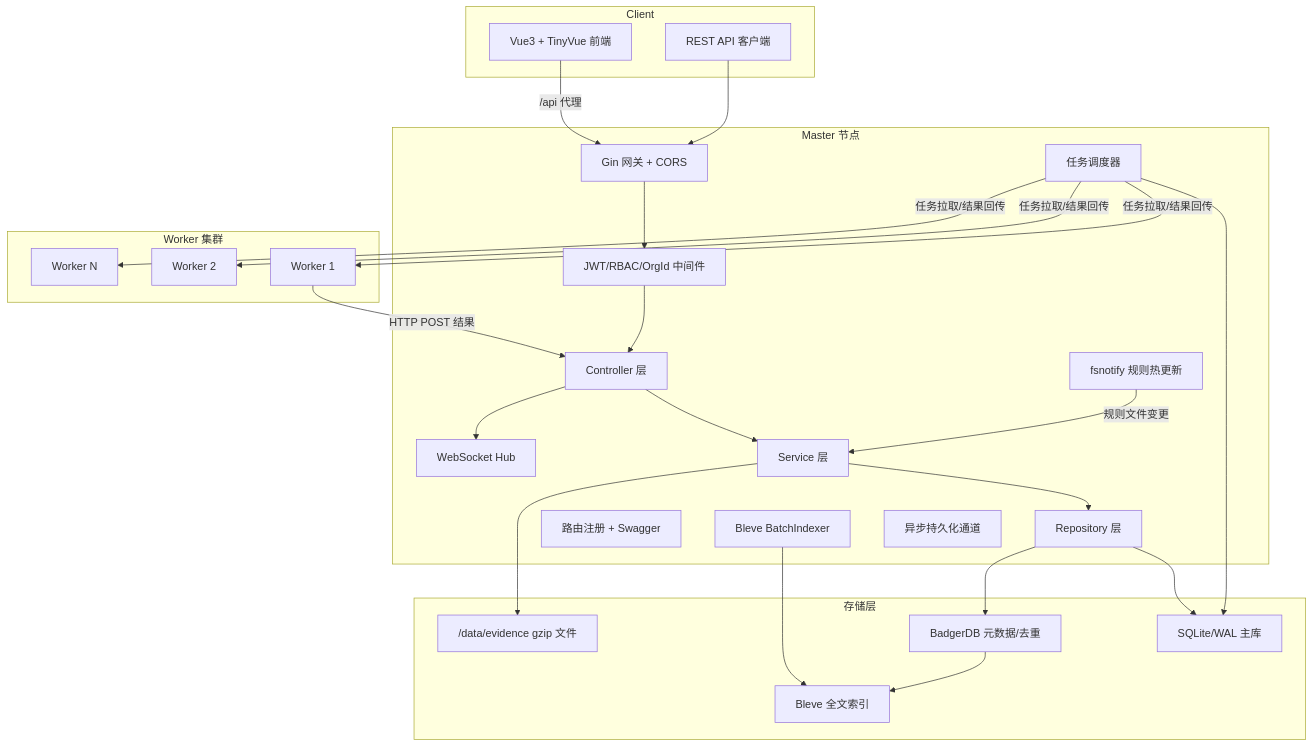
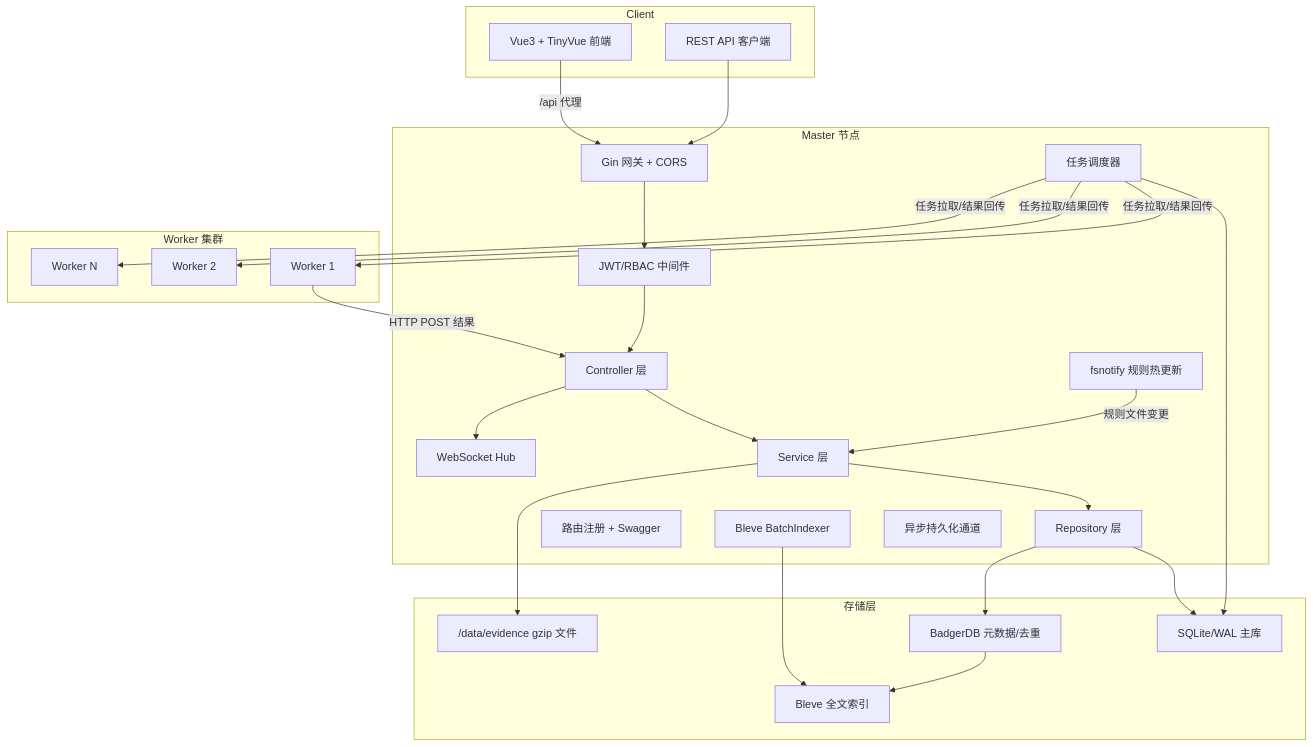
Before and after one commit to Fanc1er/Kate: the first of 4 diagrams in .monkeycode/specs/cinsight-platform/design.md, drawn with Mermaid. The commit also changed other lines of this file and 5 other files, not shown here.

````diff
--- a/.monkeycode/specs/cinsight-platform/design.md
+++ b/.monkeycode/specs/cinsight-platform/design.md
@@ -20,50 +20,50 @@
 ```mermaid
 graph TD
     subgraph Client
         UI["Vue3 + TinyVue 前端"]
         REST["REST API 客户端"]
     end
 
     subgraph Master["Master 节点"]
         GATE["Gin 网关 + CORS"]
-        MID["JWT/RBAC/OrgId 中间件"]
+        MID["JWT/RBAC 中间件"]
         CTRL["Controller 层"]
         SVC["Service 层"]
         REPO["Repository 层"]
         ROUTE["路由注册 + Swagger"]
         WS["WebSocket Hub"]
         SCHED["任务调度器"]
         BATCH["Bleve BatchIndexer"]
         PERSIST["异步持久化通道"]
         RULEWATCH["fsnotify 规则热更新"]
     end
 
     subgraph Store["存储层"]
         SQLITE["SQLite/WAL 主库"]
         BADGER["BadgerDB 元数据/去重"]
         BLEVE["Bleve 全文索引"]
         EVIDIR["/data/evidence gzip 文件"]
     end
 
     subgraph WorkerPool["Worker 集群"]
         W1["Worker 1"]
         W2["Worker 2"]
         WN["Worker N"]
     end
 
     UI -->|"/api 代理"| GATE
     REST --> GATE
     GATE --> MID --> CTRL --> SVC --> REPO
     REPO --> SQLITE
     REPO --> BADGER
     BADGER --> BLEVE
     SVC --> EVIDIR
     CTRL --> WS
     SCHED --> SQLITE
     SCHED -->|"任务拉取/结果回传"| W1
     SCHED -->|"任务拉取/结果回传"| W2
     SCHED -->|"任务拉取/结果回传"| WN
     W1 -->|"HTTP POST 结果"| CTRL
     BATCH --> BLEVE
     RULEWATCH -->|"规则文件变更"| SVC
 ```
````
